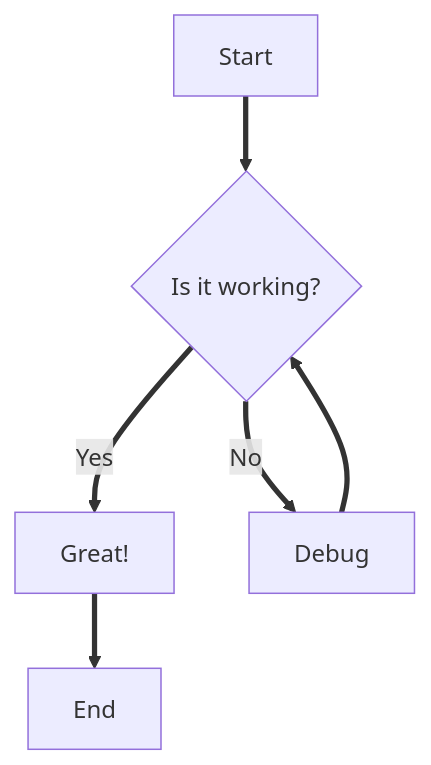
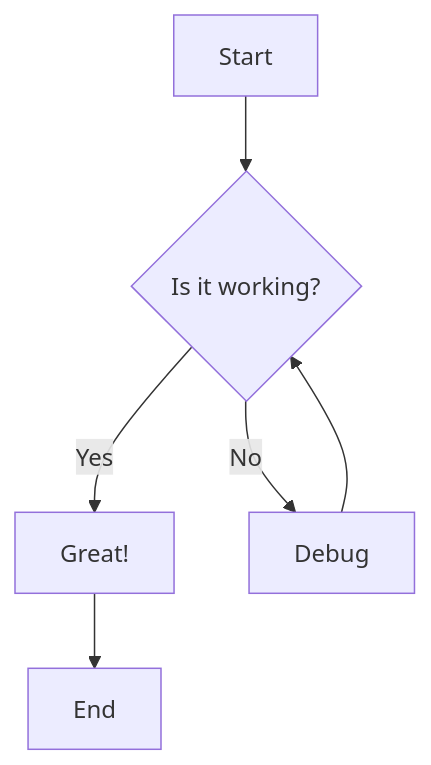
One commit to pmndrs/docs changed the first of 2 diagrams in docs/authoring/mermaid.mdx. Above: the diagram before and after it, drawn with Mermaid. The commit also changed other lines of this file and 1 other file, not shown here.

First line of the commit message:
Remove HTML comment sanitization - fixes Mermaid syntax and removes unused code (#511)

````diff
--- a/docs/authoring/mermaid.mdx
+++ b/docs/authoring/mermaid.mdx
@@ -27,8 +27,8 @@
 ```mermaid
 graph TD
-    A[Start] ==> B{Is it working?}
-    B ==>|Yes| C[Great!]
-    B ==>|No| D[Debug]
-    D ==> B
-    C ==> E[End]
+    A[Start] --> B{Is it working?}
+    B -->|Yes| C[Great!]
+    B -->|No| D[Debug]
+    D --> B
+    C --> E[End]
 ```
````
